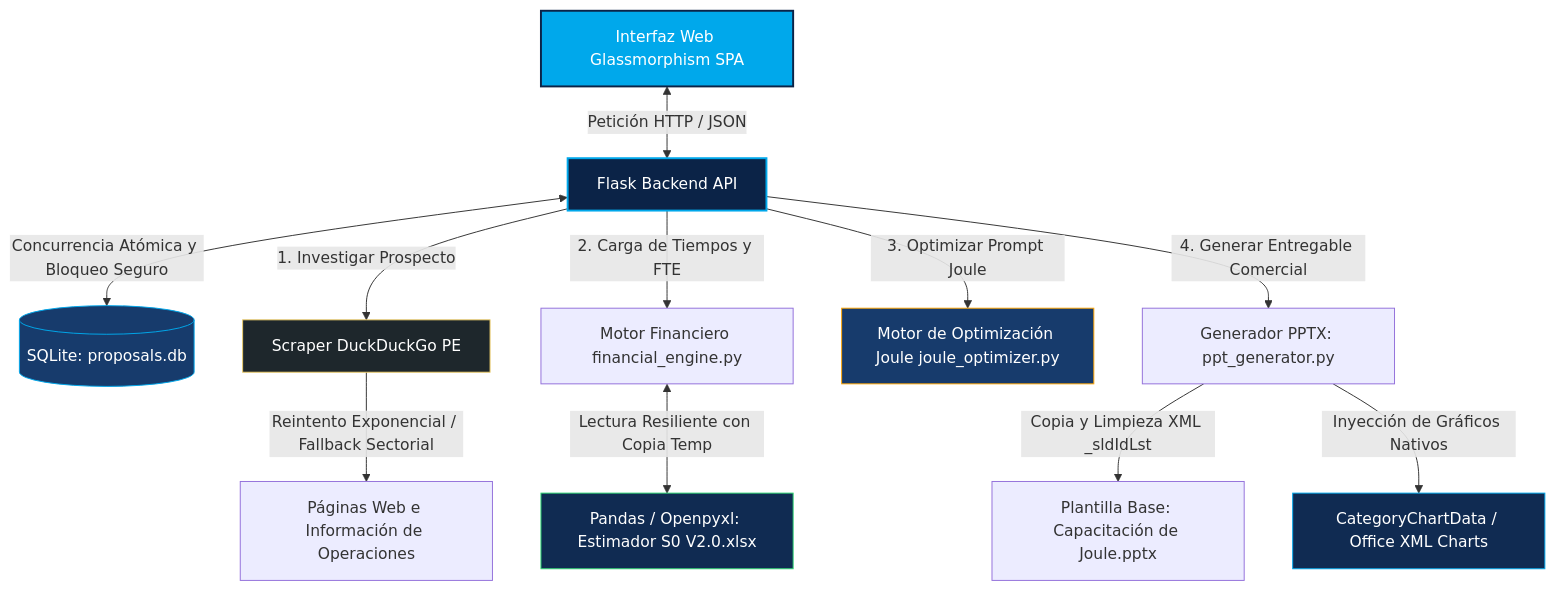
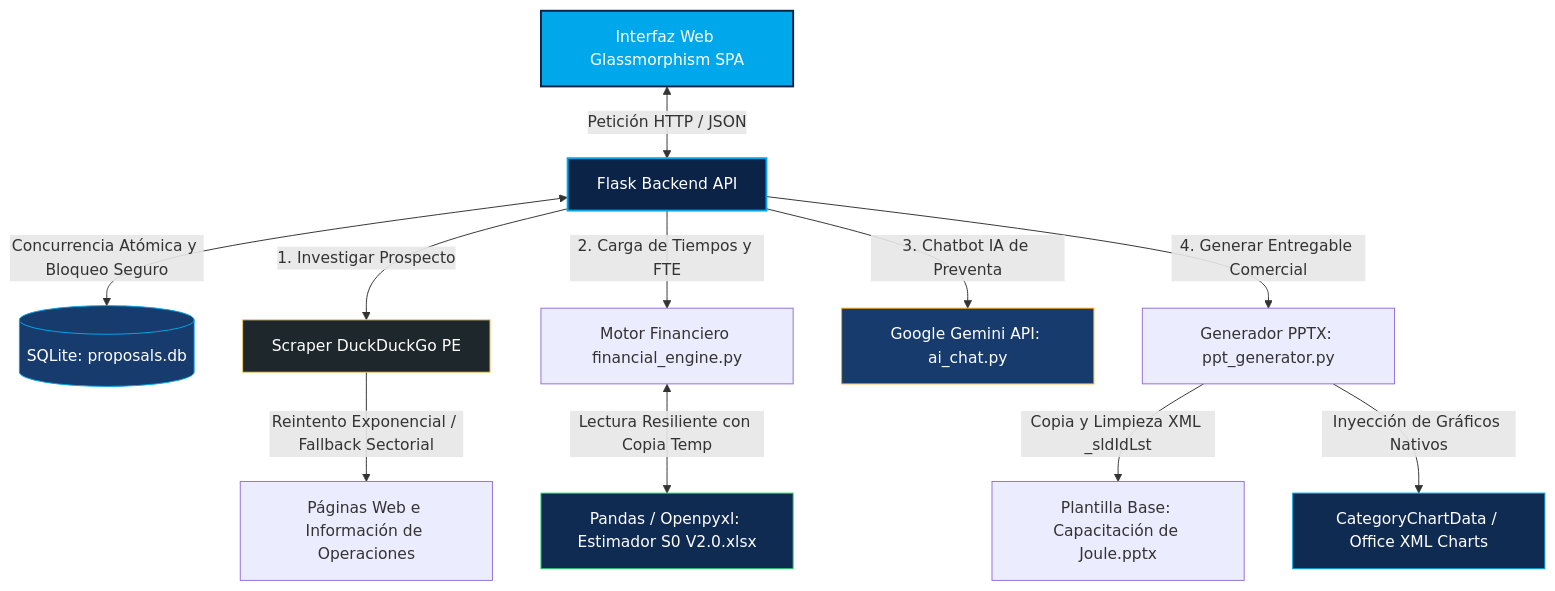
The diagram in README.md (EdwinFlores19/generador-ppts-comercial-2026), drawn with Mermaid before and after one commit. The commit also changed other lines of this file and 6 other files, not shown here.

First line of the commit message:
feat: scope items leídos de la hoja S0 del Estimador + eliminación de joule_optimizer (código muerto)

````diff
--- a/README.md
+++ b/README.md
@@ -11,27 +11,27 @@
 ```mermaid
 graph TD
     %% Componentes del Sistema
     UI[Interfaz Web Glassmorphism SPA] <-->|Petición HTTP / JSON| API[Flask Backend API]
     API <-->|Concurrencia Atómica y Bloqueo Seguro| DB[(SQLite: proposals.db)]
     
     API -->|1. Investigar Prospecto| SCR[Scraper DuckDuckGo PE]
     SCR -->|Reintento Exponencial / Fallback Sectorial| PE_WEB[Páginas Web e Información de Operaciones]
     
     API -->|2. Carga de Tiempos y FTE| ENG[Motor Financiero financial_engine.py]
     ENG <-->|Lectura Resiliente con Copia Temp| XLS[Pandas / Openpyxl: Estimador S0 V2.0.xlsx]
     
-    API -->|3. Optimizar Prompt Joule| JOULE[Motor de Optimización Joule joule_optimizer.py]
-    
+    API -->|3. Chatbot IA de Preventa| GEMINI[Google Gemini API: ai_chat.py]
+
     API -->|4. Generar Entregable Comercial| PPTX[Generador PPTX: ppt_generator.py]
     PPTX -->|Copia y Limpieza XML _sldIdLst| BASE[Plantilla Base: Capacitación de Joule.pptx]
     PPTX -->|Inyección de Gráficos Nativos| CHART[CategoryChartData / Office XML Charts]
 
     %% Estilos Visuales
     style UI fill:#00A8EB,stroke:#0B2347,stroke-width:2px,color:#fff
     style API fill:#0B2347,stroke:#00A8EB,stroke-width:2px,color:#fff
     style DB fill:#173B6C,stroke:#00A8EB,stroke-width:1px,color:#fff
     style XLS fill:#102B52,stroke:#2ed573,stroke-width:1px,color:#fff
     style CHART fill:#102B52,stroke:#00A8EB,stroke-width:1px,color:#fff
     style SCR fill:#1E272C,stroke:#eccc68,stroke-width:1px,color:#fff
-    style JOULE fill:#173B6C,stroke:#ffa502,stroke-width:1px,color:#fff
+    style GEMINI fill:#173B6C,stroke:#ffa502,stroke-width:1px,color:#fff
 ```
````
